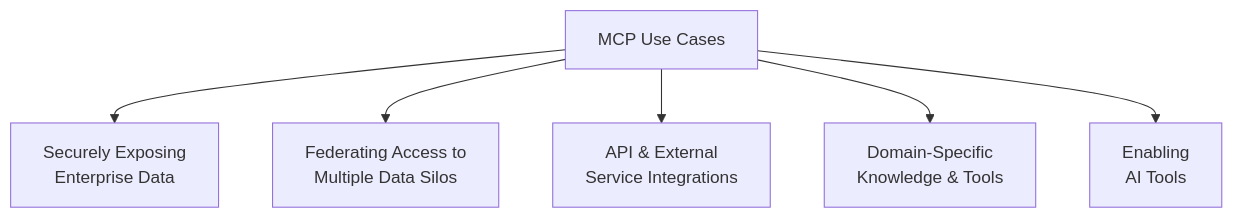
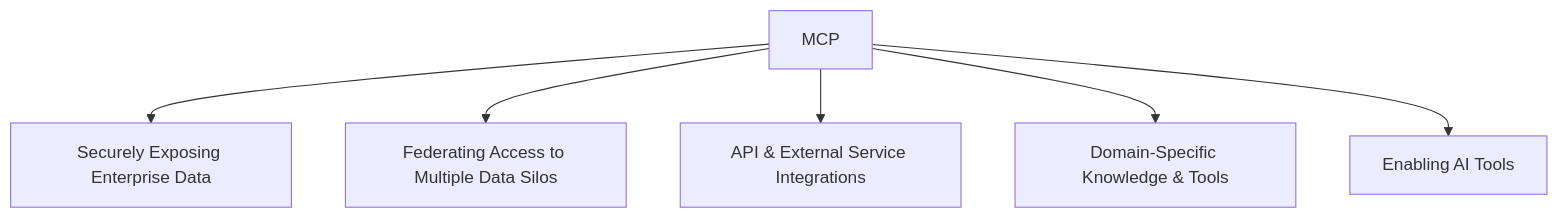
One commit to hyprmcp/website changed the second of 2 diagrams in src/content/blog/2025-09-11-what-is-mcp.md. Above: the diagram before and after it, drawn with Mermaid.

Commit message:
fix: chart linebreak

````diff
--- a/src/content/blog/2025-09-11-what-is-mcp.md
+++ b/src/content/blog/2025-09-11-what-is-mcp.md
@@ -182,8 +182,8 @@
 ```mermaid
 graph TD
-    A[MCP Use Cases] --> B[Securely Exposing<br/>Enterprise Data]
-    A --> C[Federating Access to<br/>Multiple Data Silos]
-    A --> D[API & External<br/>Service Integrations]
-    A --> E[Domain-Specific<br/>Knowledge & Tools]
-    A --> F[Enabling<br/>AI Tools]
+    A[MCP] --> B[Securely Exposing Enterprise Data]
+    A --> C[Federating Access to Multiple Data Silos]
+    A --> D[API & External Service Integrations]
+    A --> E[Domain-Specific Knowledge & Tools]
+    A --> F[Enabling AI Tools]
 ```
````
